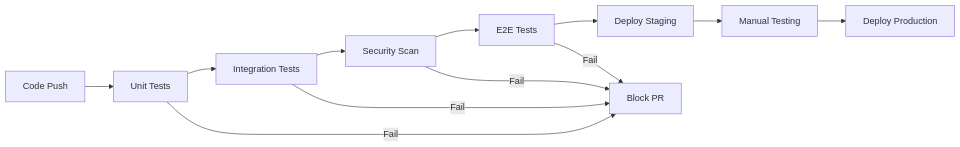
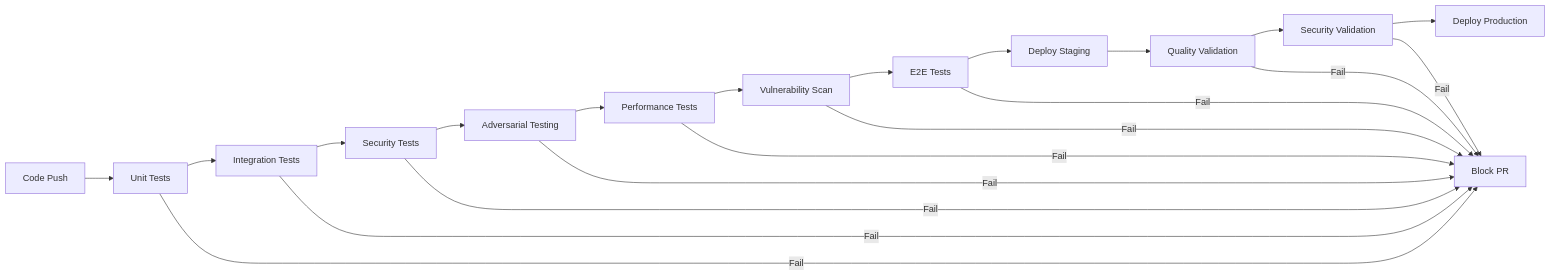
Before and after one commit to LIDR-academy/AI4Devs-finalproject: the fourth of 4 diagrams in docs/03-arquitectura-sistema.md, drawn with Mermaid. The commit also changed other lines of this file and 10 other files, not shown here.

````diff
--- a/docs/03-arquitectura-sistema.md
+++ b/docs/03-arquitectura-sistema.md
@@ -524,15 +534,24 @@
 ```mermaid
 graph LR
     A[Code Push] --> B[Unit Tests]
     B --> C[Integration Tests]
-    C --> D[Security Scan]
-    D --> E[E2E Tests]
-    E --> F[Deploy Staging]
-    F --> G[Manual Testing]
-    G --> H[Deploy Production]
+    C --> D[Security Tests]
+    D --> E[Adversarial Testing]
+    E --> F[Performance Tests]
+    F --> G[Vulnerability Scan]
+    G --> H[E2E Tests]
+    H --> I[Deploy Staging]
+    I --> J[Quality Validation]
+    J --> K[Security Validation]
+    K --> L[Deploy Production]
     
-    B -->|Fail| I[Block PR]
-    C -->|Fail| I
-    D -->|Fail| I
-    E -->|Fail| I
+    B -->|Fail| M[Block PR]
+    C -->|Fail| M
+    D -->|Fail| M
+    E -->|Fail| M
+    F -->|Fail| M
+    G -->|Fail| M
+    H -->|Fail| M
+    J -->|Fail| M
+    K -->|Fail| M
 ```
````
